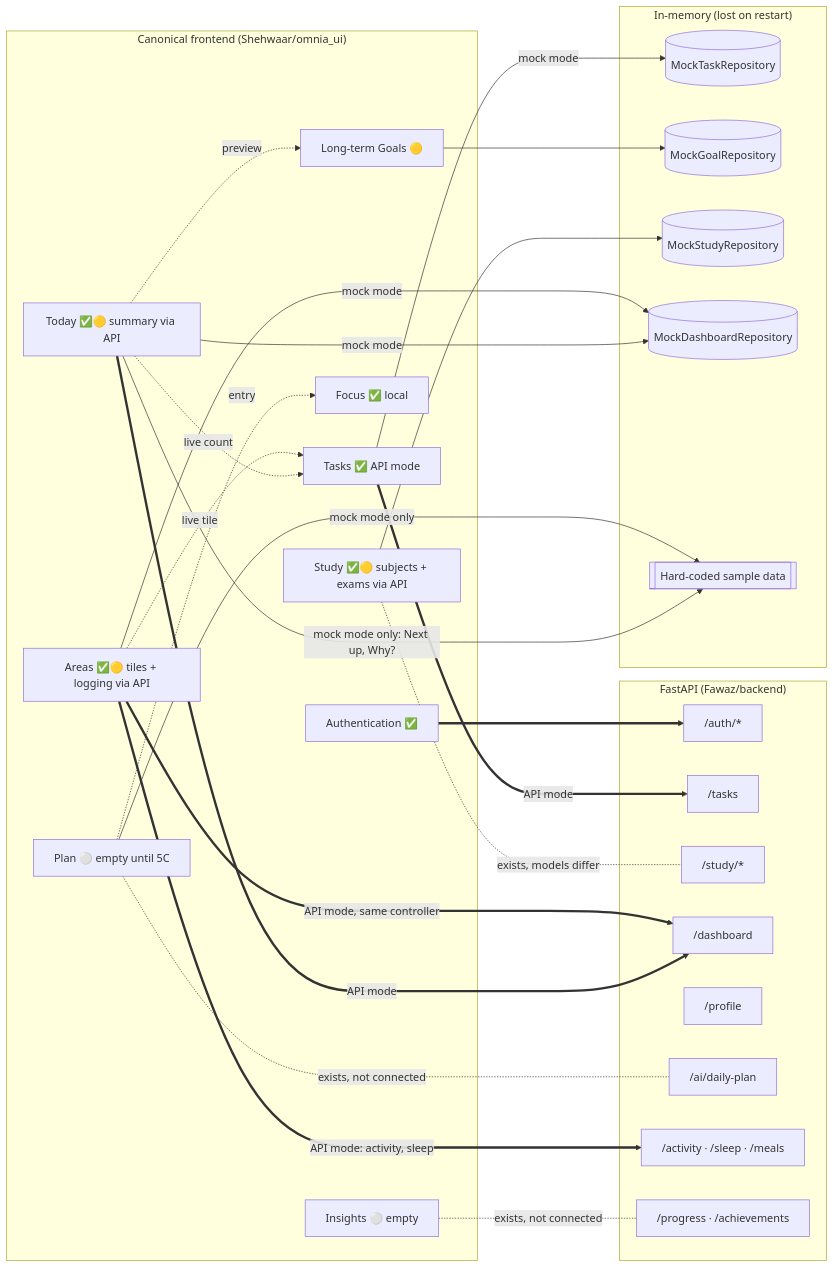
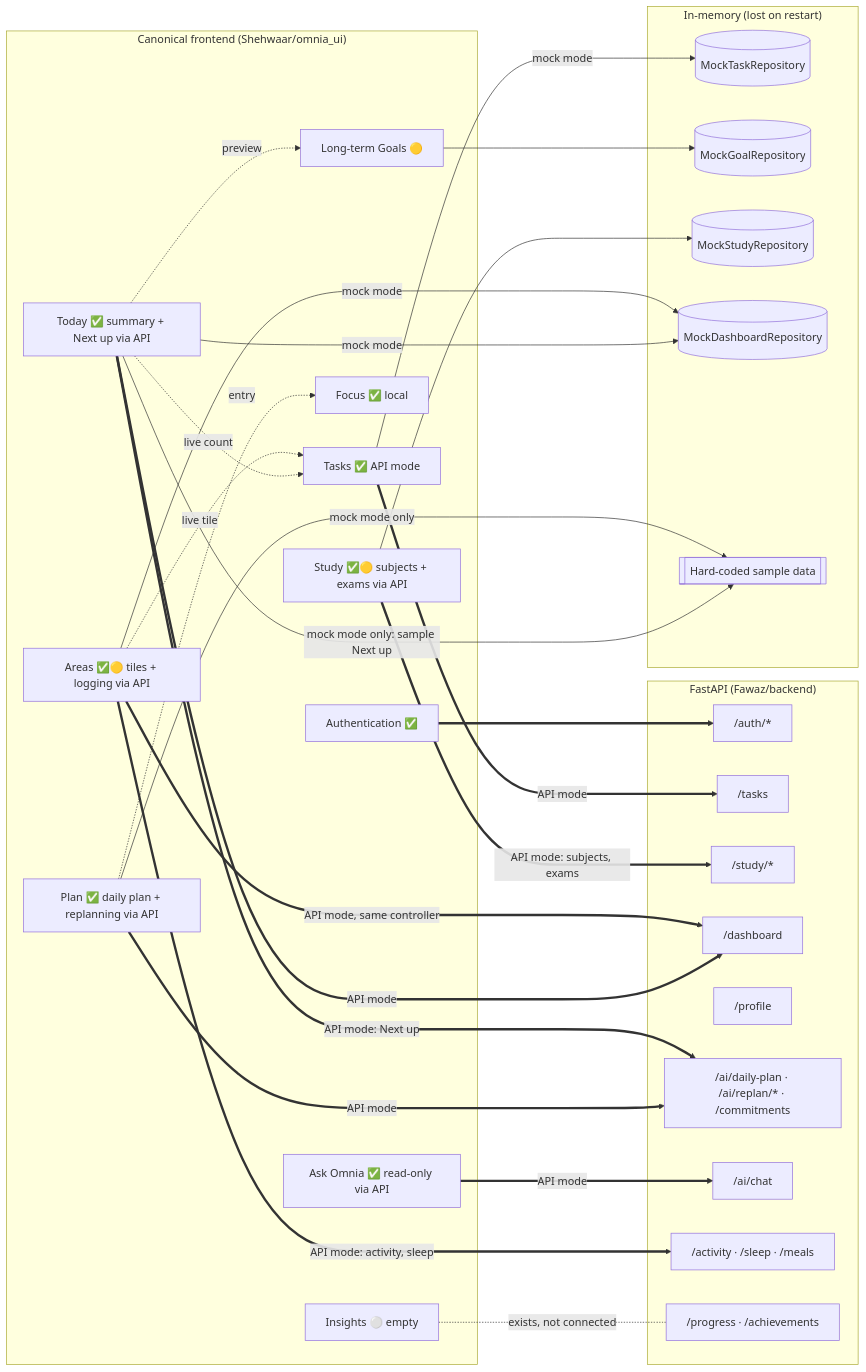
One commit to Gaoher-1207/omnia changed the diagram in docs/omnia-vault/Current Status.md. Above: the diagram before and after it, drawn with Mermaid. The commit also changed other lines of this file and 33 other files, not shown here.

````diff
--- a/docs/omnia-vault/Current Status.md
+++ b/docs/omnia-vault/Current Status.md
@@ -17,52 +17,56 @@
 ```mermaid
 flowchart LR
     subgraph FE["Canonical frontend (Shehwaar/omnia_ui)"]
         AUTH["Authentication ✅"]
         TASKS["Tasks ✅ API mode"]
         GOALS["Long-term Goals 🟡"]
         FOCUS["Focus ✅ local"]
         STUDY["Study ✅🟡 subjects + exams via API"]
-        HOME["Today ✅🟡 summary via API"]
-        PLAN["Plan ⚪ empty until 5C"]
+        HOME["Today ✅ summary + Next up via API"]
+        PLAN["Plan ✅ daily plan + replanning via API"]
+        ASK["Ask Omnia ✅ read-only via API"]
         TRACK["Areas ✅🟡 tiles + logging via API"]
         INS["Insights ⚪ empty"]
     end
     subgraph Local["In-memory (lost on restart)"]
         MT[(MockTaskRepository)]
         MG[(MockGoalRepository)]
         MS[(MockStudyRepository)]
         MD[(MockDashboardRepository)]
         SD[["Hard-coded sample data"]]
     end
     subgraph BE["FastAPI (Fawaz/backend)"]
         A1["/auth/*"]
         T1["/tasks"]
         S1["/study/*"]
         D1["/dashboard"]
         PF["/profile"]
-        P1["/ai/daily-plan"]
+        P1["/ai/daily-plan · /ai/replan/* · /commitments"]
+        C1["/ai/chat"]
         TR["/activity · /sleep · /meals"]
         PR["/progress · /achievements"]
     end
 
     AUTH ==> A1
     TASKS -->|mock mode| MT
     TASKS ==>|API mode| T1
     GOALS --> MG
     STUDY --> MS
     HOME -->|mock mode| MD
     HOME ==>|API mode| D1
-    HOME -->|mock mode only: Next up, Why?| SD
+    HOME -->|mock mode only: sample Next up| SD
     PLAN -->|mock mode only| SD
+    PLAN ==>|API mode| P1
+    HOME ==>|API mode: Next up| P1
+    ASK ==>|API mode| C1
     TRACK -->|mock mode| MD
     TRACK ==>|API mode, same controller| D1
     HOME -.->|live count| TASKS
     HOME -.->|preview| GOALS
     TRACK -.->|live tile| TASKS
     PLAN -.->|entry| FOCUS
 
-    STUDY -.-|exists, models differ| S1
-    PLAN -.-|exists, not connected| P1
+    STUDY ==>|API mode: subjects, exams| S1
     TRACK ==>|API mode: activity, sleep| TR
     INS -.-|exists, not connected| PR
 ```
````
